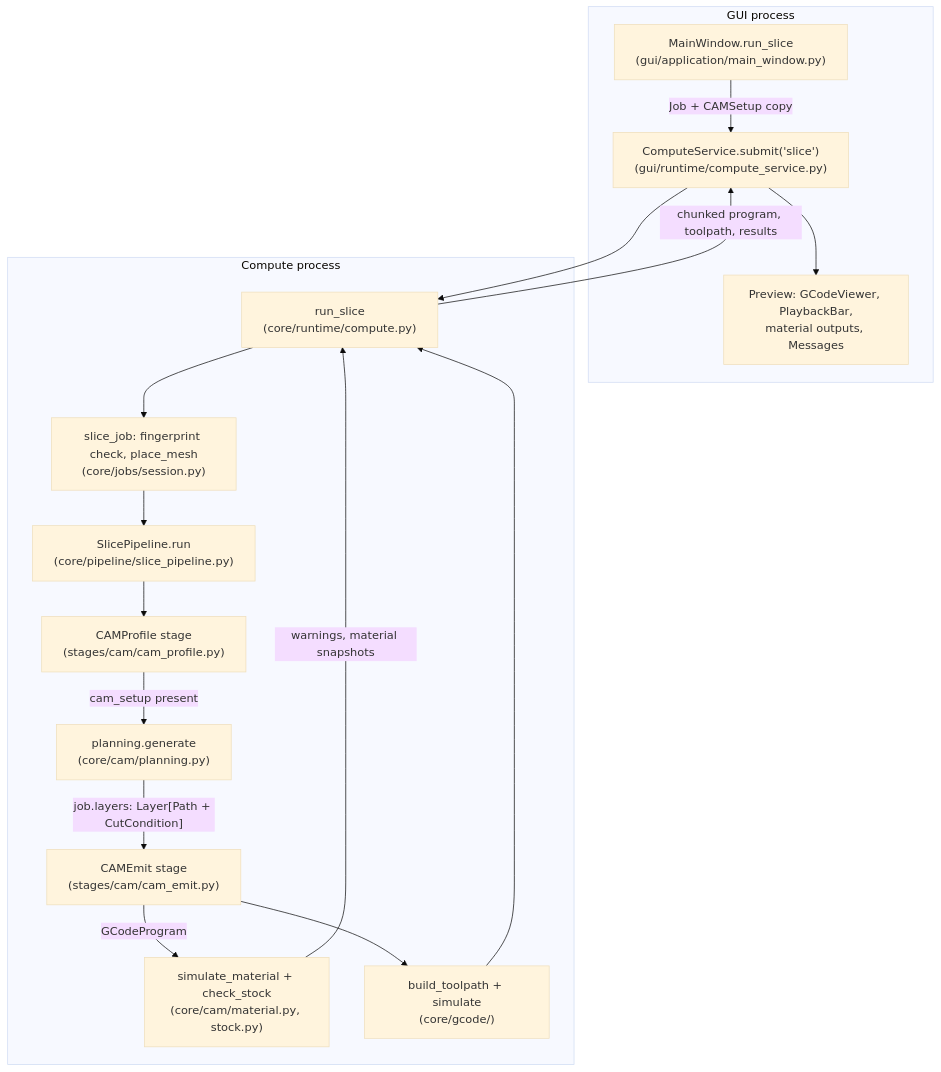
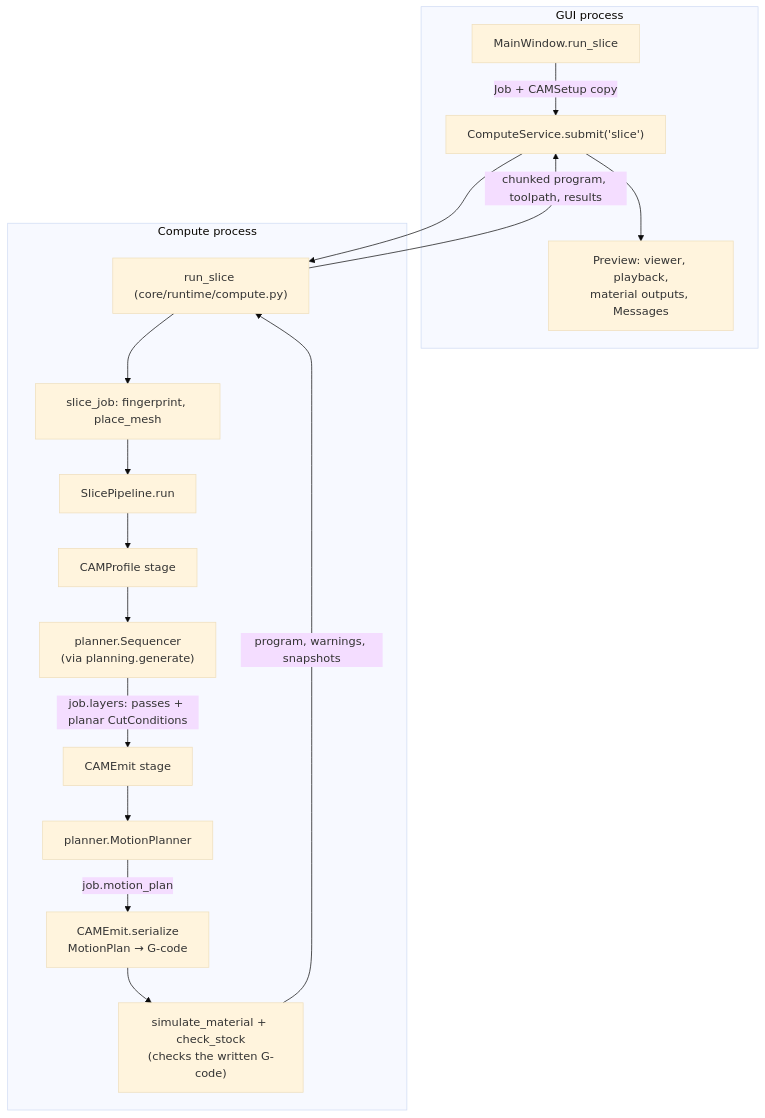
The first of 2 diagrams in docs/cam/architecture.md (Switchleg1/GCodeProducer), drawn with Mermaid (base theme) before and after one commit. The commit also changed other lines of this file and 35 other files, not shown here.

Commit message:
Planner section: MaterialModel with planar/height samplers, Sequencer and MotionPlanner own the loops, one generator module per operation kind; bump 0.1.10

````diff
--- a/docs/cam/architecture.md
+++ b/docs/cam/architecture.md
@@ -16,25 +17,25 @@
 ```mermaid
 flowchart TD
     subgraph GUI["GUI process"]
-        MW["MainWindow.run_slice<br/>(gui/application/main_window.py)"]
-        CS["ComputeService.submit('slice')<br/>(gui/runtime/compute_service.py)"]
-        PV["Preview: GCodeViewer, PlaybackBar,<br/>material outputs, Messages"]
+        MW["MainWindow.run_slice"]
+        CS["ComputeService.submit('slice')"]
+        PV["Preview: viewer, playback,<br/>material outputs, Messages"]
     end
     subgraph WORKER["Compute process"]
-        RS["run_slice<br/>(core/runtime/compute.py)"]
-        SJ["slice_job: fingerprint check, place_mesh<br/>(core/jobs/session.py)"]
-        PL["SlicePipeline.run<br/>(core/pipeline/slice_pipeline.py)"]
-        PRO["CAMProfile stage<br/>(stages/cam/cam_profile.py)"]
-        GEN["planning.generate<br/>(core/cam/planning.py)"]
-        EMIT["CAMEmit stage<br/>(stages/cam/cam_emit.py)"]
-        SIM["simulate_material + check_stock<br/>(core/cam/material.py, stock.py)"]
-        TP["build_toolpath + simulate<br/>(core/gcode/)"]
+        RS["run_slice (core/runtime/compute.py)"]
+        SJ["slice_job: fingerprint, place_mesh"]
+        PL["SlicePipeline.run"]
+        PRO["CAMProfile stage"]
+        SEQ["planner.Sequencer<br/>(via planning.generate)"]
+        EMIT["CAMEmit stage"]
+        MPL["planner.MotionPlanner"]
+        SER["CAMEmit.serialize<br/>MotionPlan → G-code"]
+        CHK["simulate_material + check_stock<br/>(checks the written G-code)"]
     end
     MW -->|"Job + CAMSetup copy"| CS --> RS --> SJ --> PL
-    PL --> PRO -->|"cam_setup present"| GEN
-    GEN -->|"job.layers: Layer[Path + CutCondition]"| EMIT
-    EMIT -->|"GCodeProgram"| SIM
-    SIM -->|"warnings, material snapshots"| RS
-    EMIT --> TP --> RS
+    PL --> PRO --> SEQ
+    SEQ -->|"job.layers: passes + planar CutConditions"| EMIT
+    EMIT --> MPL -->|"job.motion_plan"| SER --> CHK
+    CHK -->|"program, warnings, snapshots"| RS
     RS -->|"chunked program, toolpath, results"| CS --> PV
 ```
````
